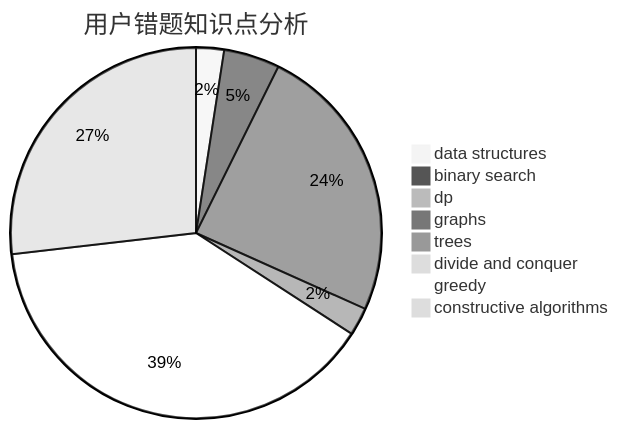
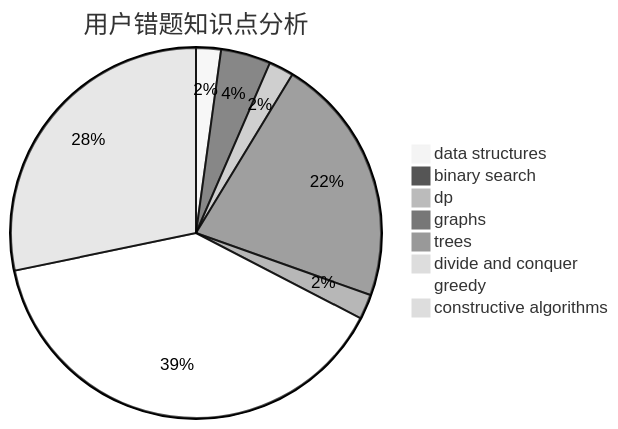
The third of 3 diagrams in docs/user/u1419.md (sherpahu/cfrs.github.io), drawn with Mermaid (neutral theme) before and after one commit. The commit also changed other lines of this file and 2770 other files, not shown here.

````diff
--- a/docs/user/u1419.md
+++ b/docs/user/u1419.md
@@ -36,11 +36,11 @@
 ```mermaid
 pie title 用户错题知识点分析
     "data structures" :  1
     "binary search" :  2
-    "dp" :  0
+    "dp" :  1
     "graphs" :  10
     "trees" :  1
     "divide and conquer" :  0
-    "greedy" :  16
-    "constructive algorithms" :  11
+    "greedy" :  18
+    "constructive algorithms" :  13
 ```
````
